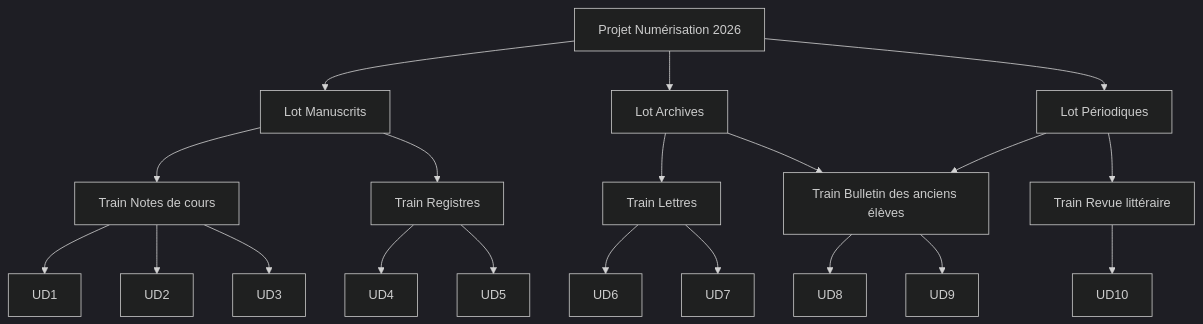
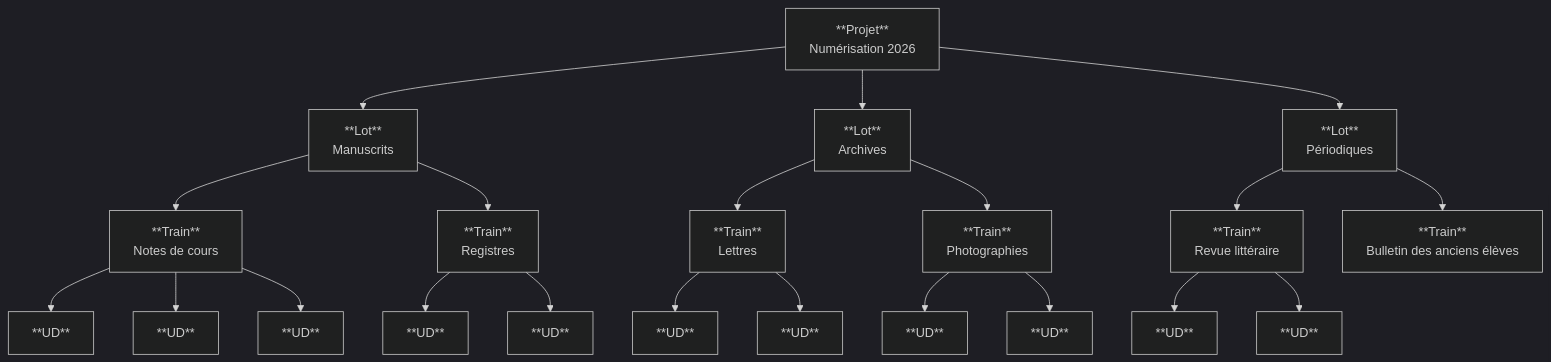
Before and after one commit to FrancoisGandolfi/numahop-doc-user: the first of 2 diagrams in docs/administrateur/3_Configurations/1_workflows.md, drawn with Mermaid (dark theme).

Commit message:
Amélioration diagramme mermaid

````diff
--- a/docs/administrateur/3_Configurations/1_workflows.md
+++ b/docs/administrateur/3_Configurations/1_workflows.md
@@ -14,24 +14,25 @@
 ```mermaid
 flowchart TD
-    A[Projet Numérisation 2026] --> B1[Lot Manuscrits]
-    A --> B2[Lot Archives]
-    A --> B3[Lot Périodiques]
+    A["**Projet**<br>Numérisation 2026"] --> B1["**Lot**<br>Manuscrits"]
+    A --> B2["**Lot**<br>Archives"]
+    A --> B3["**Lot**<br>Périodiques"]
 
-    B1 --> C1[Train Notes de cours]
-    B1 --> C2[Train Registres]
-    B2 --> C3[Train Lettres]
-    B2 --> C4[Train Photographies]
-    B3 --> C5[Train Revue littéraire]
-    B3 --> C4[Train Bulletin des anciens élèves]
+    B1 --> C1["**Train**<br>Notes de cours"]
+    B1 --> C2["**Train**<br>Registres"]
+    B2 --> C3["**Train**<br>Lettres"]
+    B2 --> C4["**Train**<br>Photographies"]
+    B3 --> C5["**Train**<br>Revue littéraire"]
+    B3 --> C6["**Train**<br>Bulletin des anciens élèves"]
 
-    C1 --> D1[UD1]
-    C1 --> D2[UD2]
-    C1 --> D3[UD3]
-    C2 --> D4[UD4]
-    C2 --> D5[UD5]
-    C3 --> D6[UD6]
-    C3 --> D7[UD7]
-    C4 --> D8[UD8]
-    C4 --> D9[UD9]
-    C5 --> D10[UD10]
+    C1 --> D1["**UD**"]
+    C1 --> D2["**UD**"]
+    C1 --> D3["**UD**"]
+    C2 --> D4["**UD**"]
+    C2 --> D5["**UD**"]
+    C3 --> D6["**UD**"]
+    C3 --> D7["**UD**"]
+    C4 --> D8["**UD**"]
+    C4 --> D9["**UD**"]
+    C5 --> D10["**UD**"]
+    C5 --> D11["**UD**"]
 ```
````
